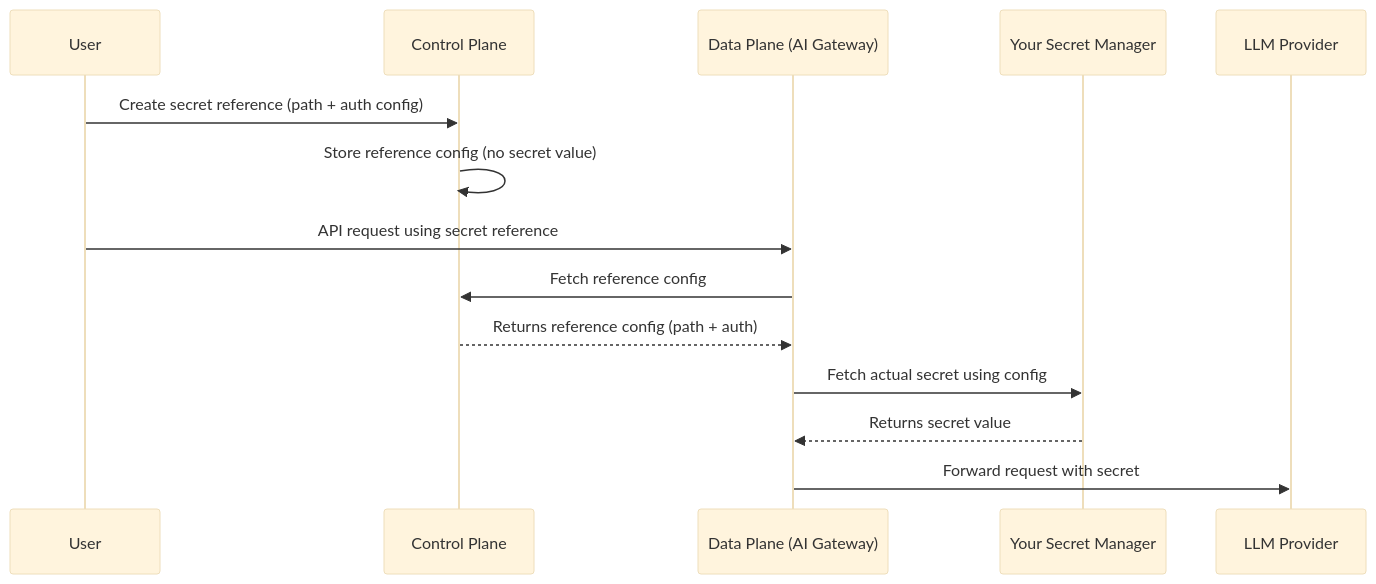
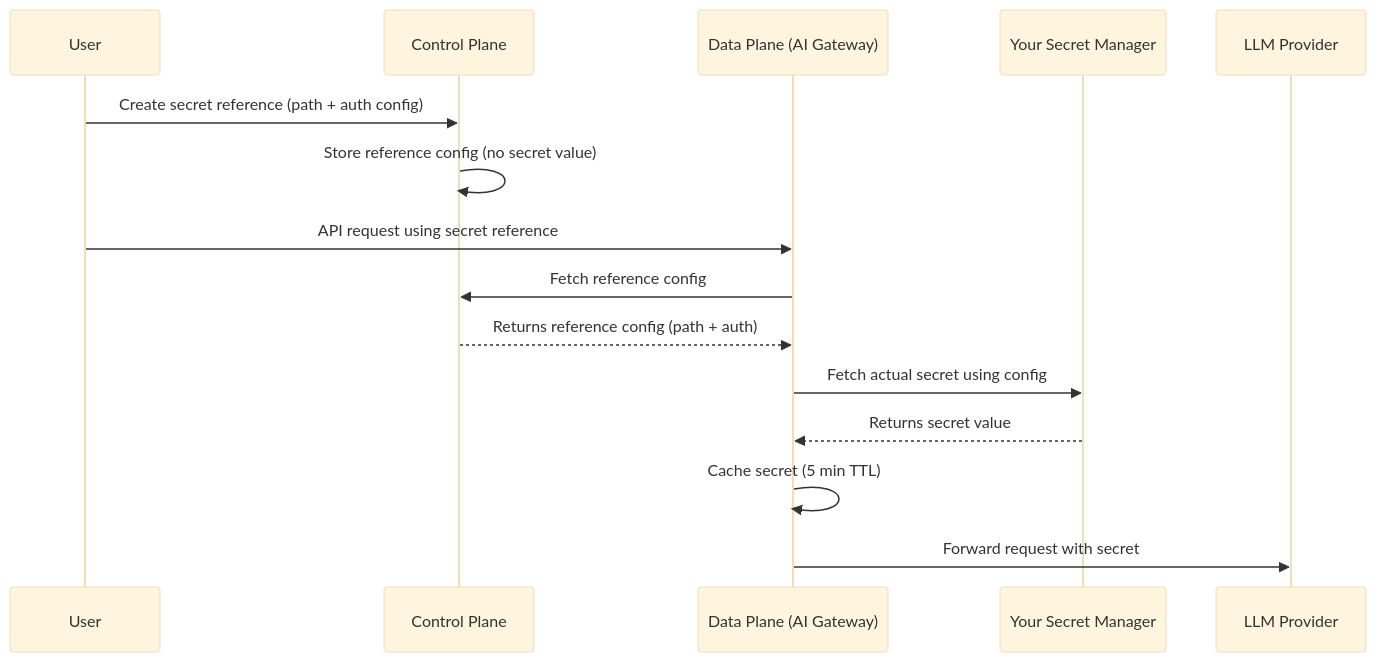
The diagram in product/enterprise-offering/secret-references.mdx (Portkey-AI/docs-core), drawn with Mermaid (base theme) before and after one commit. The commit also changed other lines of this file, not shown here.

````diff
--- a/product/enterprise-offering/secret-references.mdx
+++ b/product/enterprise-offering/secret-references.mdx
@@ -32,18 +32,20 @@
 ```mermaid
 sequenceDiagram
     participant User
     participant ControlPlane as Control Plane
     participant DataPlane as Data Plane (AI Gateway)
     participant SecretManager as Your Secret Manager
     participant LLM as LLM Provider
 
     User->>ControlPlane: Create secret reference (path + auth config)
     ControlPlane->>ControlPlane: Store reference config (no secret value)
 
     User->>DataPlane: API request using secret reference
     DataPlane->>ControlPlane: Fetch reference config
     ControlPlane-->>DataPlane: Returns reference config (path + auth)
     DataPlane->>SecretManager: Fetch actual secret using config
     SecretManager-->>DataPlane: Returns secret value
+    DataPlane->>DataPlane: Cache secret (5 min TTL)
     DataPlane->>LLM: Forward request with secret
+
 ```
````
